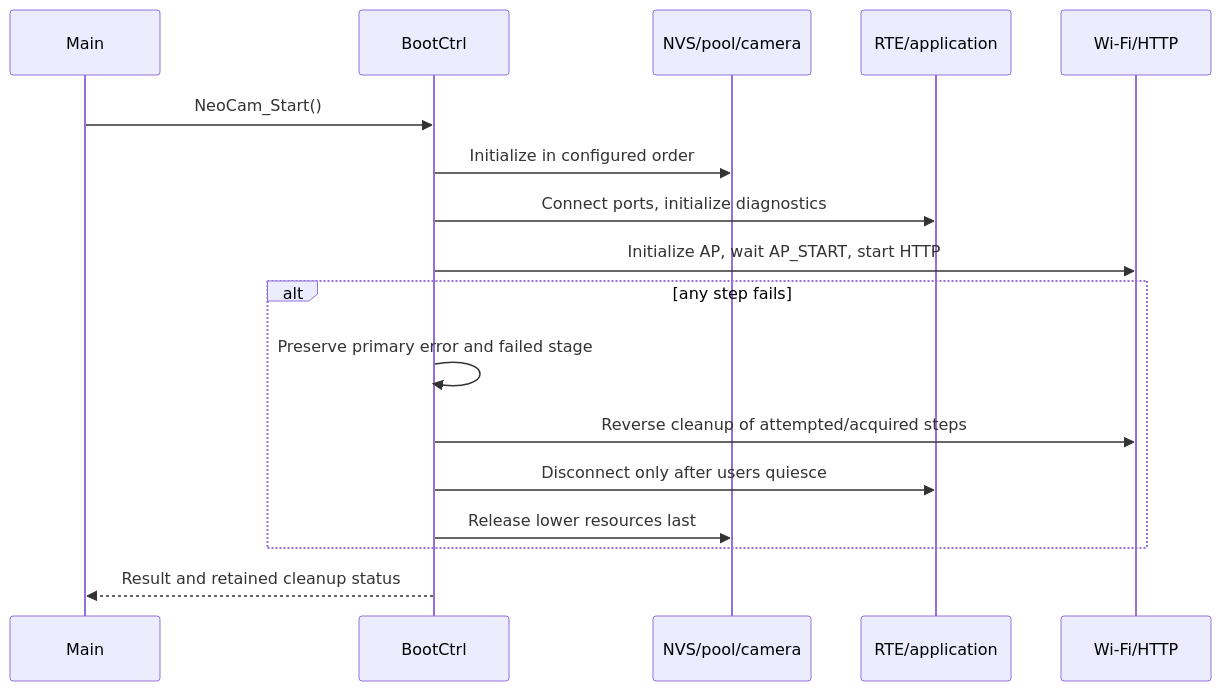
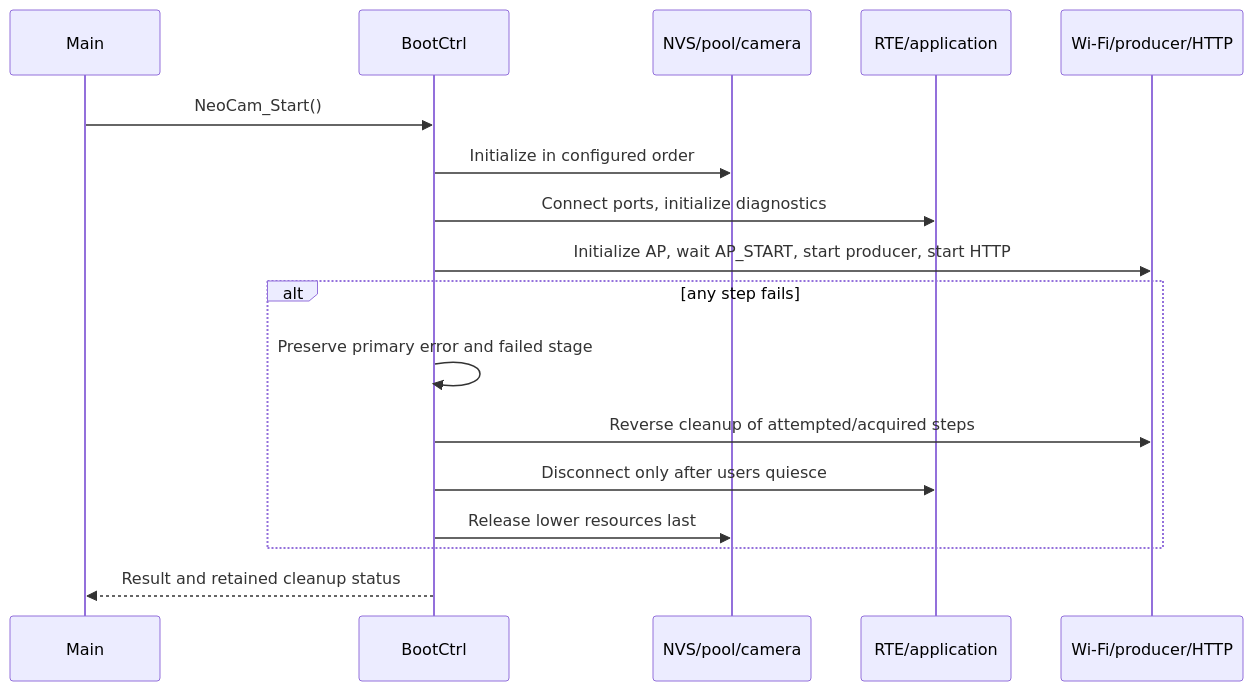
The second of 4 diagrams in products/neocam/firmware/docs/architecture.md (NeoTech-vietnam/NeoLab), drawn with Mermaid before and after one commit. The commit also changed other lines of this file and 61 other files, not shown here.

````diff
--- a/products/neocam/firmware/docs/architecture.md
+++ b/products/neocam/firmware/docs/architecture.md
@@ -102,19 +118,19 @@
 ```mermaid
 sequenceDiagram
     participant Main
     participant Boot as BootCtrl
     participant Core as NVS/pool/camera
     participant App as RTE/application
-    participant Net as Wi-Fi/HTTP
+    participant Net as Wi-Fi/producer/HTTP
     Main->>Boot: NeoCam_Start()
     Boot->>Core: Initialize in configured order
     Boot->>App: Connect ports, initialize diagnostics
-    Boot->>Net: Initialize AP, wait AP_START, start HTTP
+    Boot->>Net: Initialize AP, wait AP_START, start producer, start HTTP
     alt any step fails
         Boot->>Boot: Preserve primary error and failed stage
         Boot->>Net: Reverse cleanup of attempted/acquired steps
         Boot->>App: Disconnect only after users quiesce
         Boot->>Core: Release lower resources last
     end
     Boot-->>Main: Result and retained cleanup status
 ```
````
